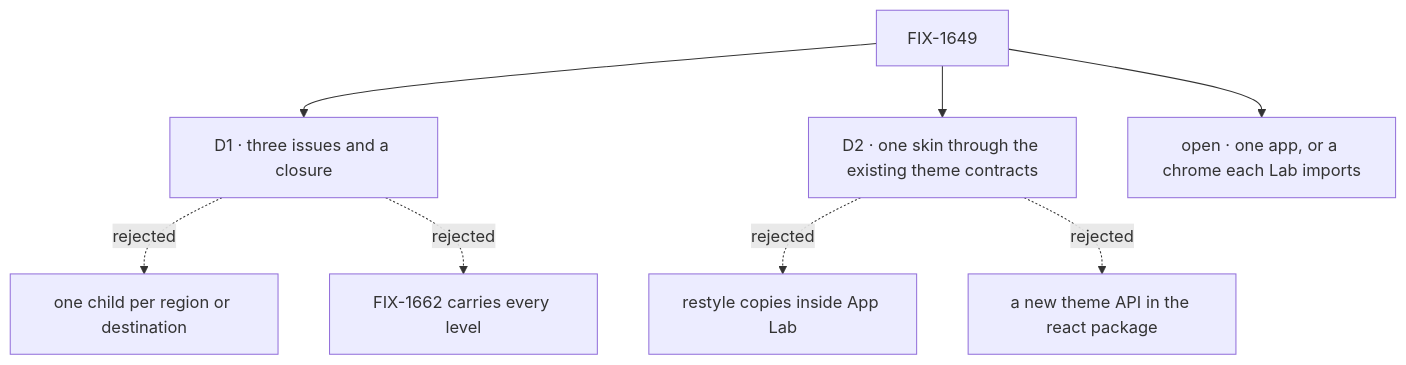
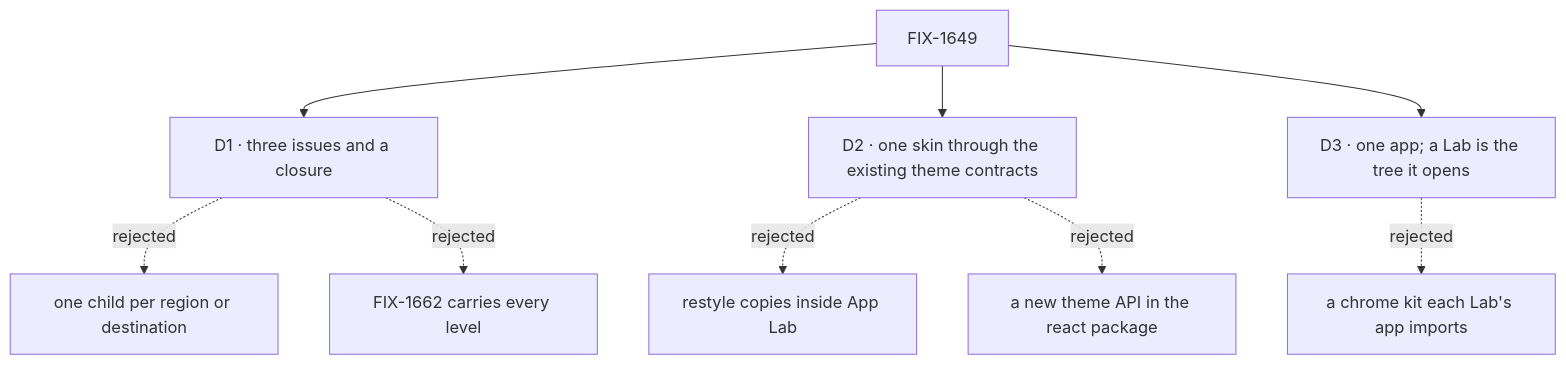
Before and after one commit to fixpoint-labs/flow-state-dev: the diagram in specs/epics/FIX-1649/DECISIONS.md, drawn with Mermaid. The commit also changed other lines of this file and 5 other files, not shown here.

First line of the commit message:
spec(epic): record Jake's answer as D3, one app (FIX-1649)

````diff
--- a/specs/epics/FIX-1649/DECISIONS.md
+++ b/specs/epics/FIX-1649/DECISIONS.md
@@ -11,10 +11,11 @@
 ```mermaid
 flowchart TD
   E["FIX-1649"] --> D1["D1 · three issues and a closure"]
   D1 -.->|"rejected"| X1["one child per region or destination"]
   D1 -.->|"rejected"| X1b["FIX-1662 carries every level"]
   E --> D2["D2 · one skin through the existing theme contracts"]
   D2 -.->|"rejected"| X2["restyle copies inside App Lab"]
   D2 -.->|"rejected"| X2b["a new theme API in the react package"]
-  E --> O["open · one app, or a chrome each Lab imports"]
+  E --> D3["D3 · one app; a Lab is the tree it opens"]
+  D3 -.->|"rejected"| X3["a chrome kit each Lab's app imports"]
 ```
````
